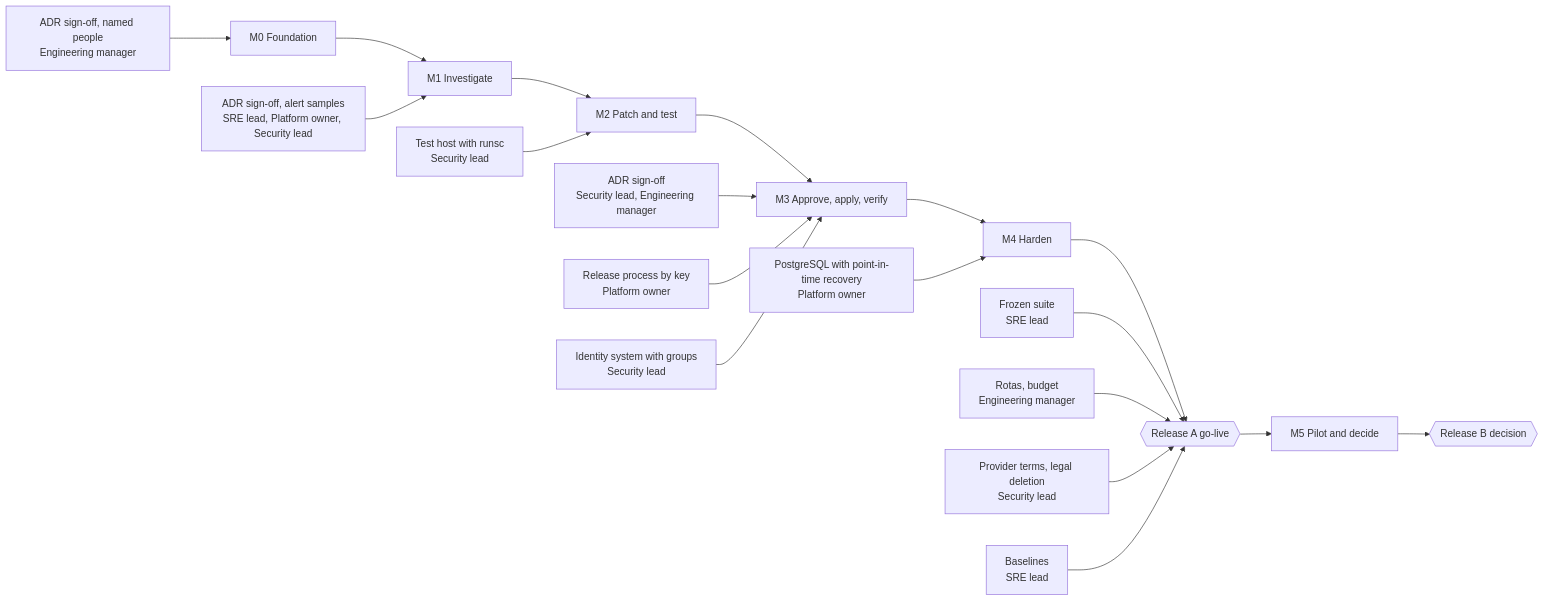
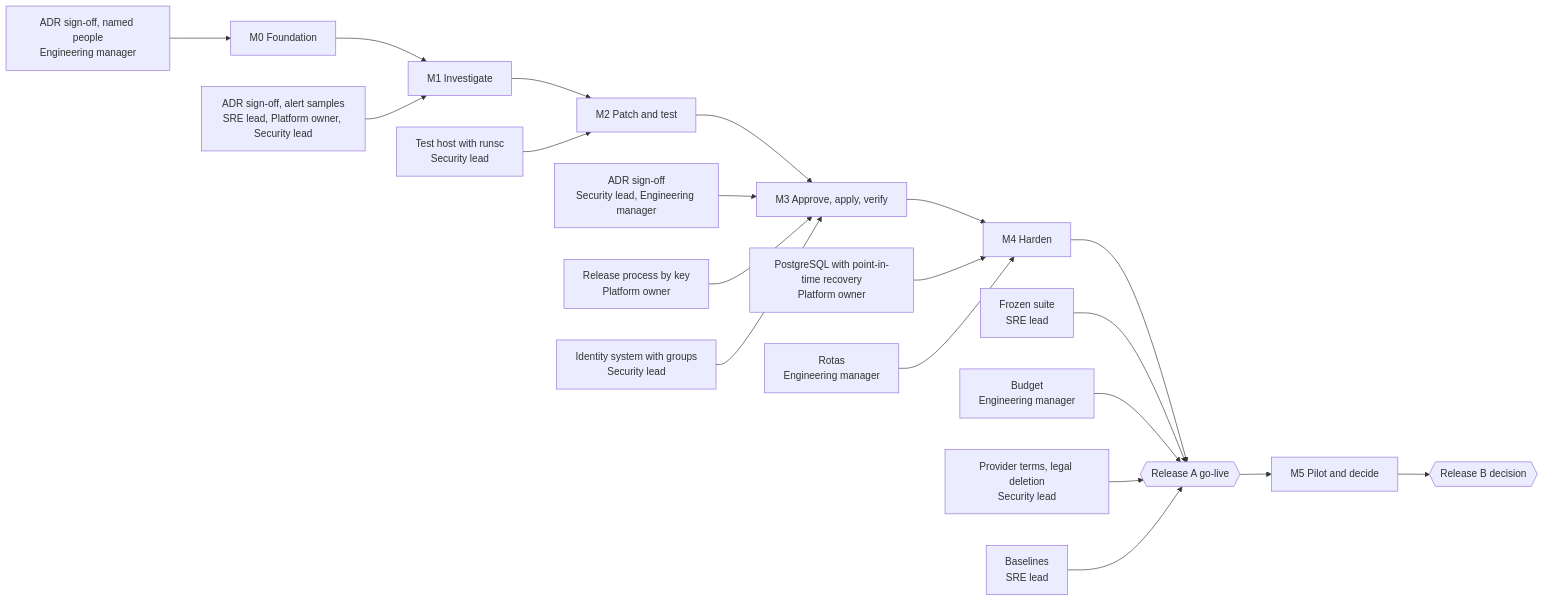
Before and after one commit to LovishMahajan/incident-copilot: the first of 2 diagrams in docs/layers/layer-13-implementation-planning/artifact-13-complete-implementation-plan.md, drawn with Mermaid. The commit also changed other lines of this file and 43 other files, not shown here.

````diff
--- a/docs/layers/layer-13-implementation-planning/artifact-13-complete-implementation-plan.md
+++ b/docs/layers/layer-13-implementation-planning/artifact-13-complete-implementation-plan.md
@@ -154,21 +154,22 @@
 ```mermaid
 graph LR
   M0["M0 Foundation"] --> M1["M1 Investigate"]
   M1 --> M2["M2 Patch and test"]
   M2 --> M3["M3 Approve, apply, verify"]
   M3 --> M4["M4 Harden"]
   M4 --> GA{{"Release A go-live"}}
   GA --> M5["M5 Pilot and decide"]
   M5 --> GB{{"Release B decision"}}
   S0["ADR sign-off, named people<br/>Engineering manager"] --> M0
   S1["ADR sign-off, alert samples<br/>SRE lead, Platform owner, Security lead"] --> M1
   H["Test host with runsc<br/>Security lead"] --> M2
   S3["ADR sign-off<br/>Security lead, Engineering manager"] --> M3
   R["Release process by key<br/>Platform owner"] --> M3
   I["Identity system with groups<br/>Security lead"] --> M3
   P["PostgreSQL with point-in-time recovery<br/>Platform owner"] --> M4
   F["Frozen suite<br/>SRE lead"] --> GA
-  T["Rotas, budget<br/>Engineering manager"] --> GA
+  RO["Rotas<br/>Engineering manager"] --> M4
+  T["Budget<br/>Engineering manager"] --> GA
   L["Provider terms, legal deletion<br/>Security lead"] --> GA
   B["Baselines<br/>SRE lead"] --> GA
 ```
````
